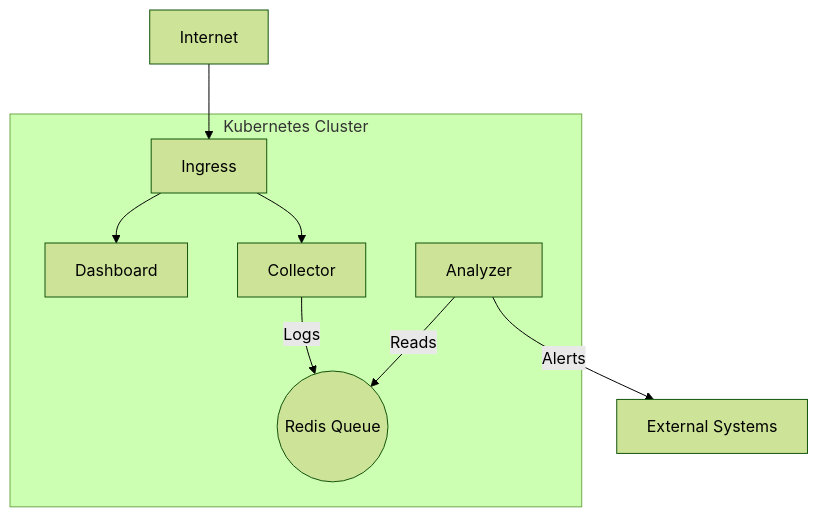
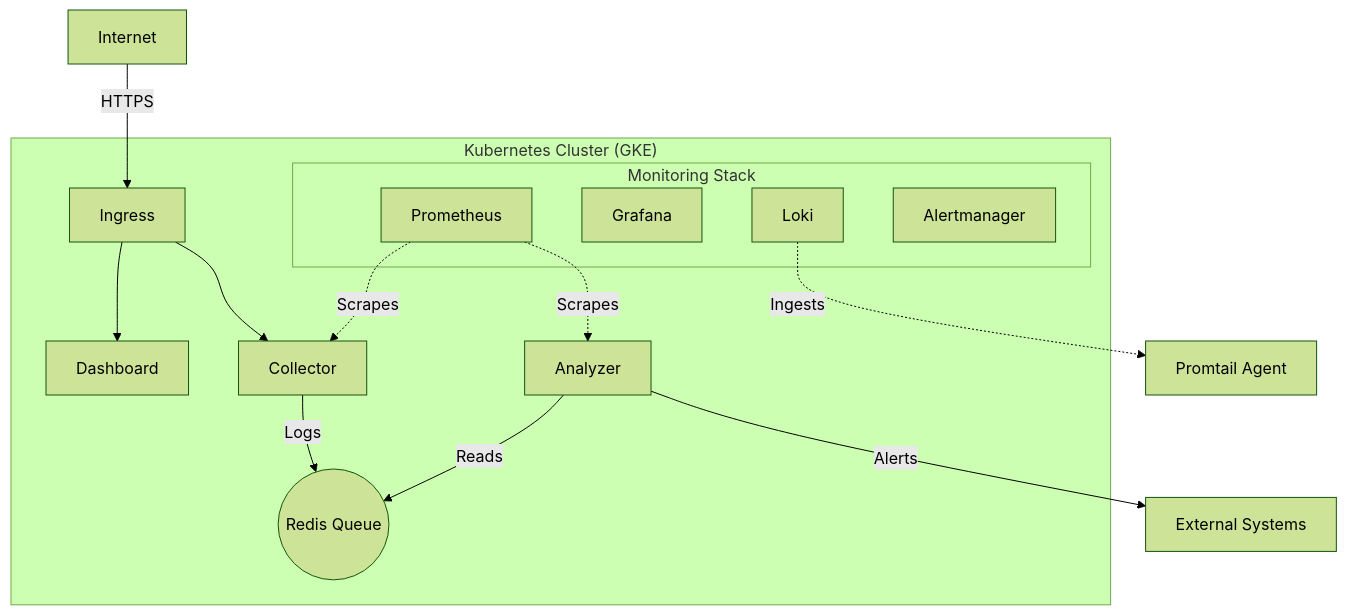
One commit to vishwasnudupa/Virtulizationlearn changed the diagram in README.md. Above: the diagram before and after it, drawn with Mermaid (forest theme). The commit also changed other lines of this file and 6 other files, not shown here.

````diff
--- a/README.md
+++ b/README.md
@@ -51,17 +65,28 @@
 ```mermaid
 graph TD
-    Internet --> Ingress
+    Internet -->|HTTPS| Ingress
     Ingress --> Dashboard
     Ingress --> Collector
     Collector -- Logs --> Redis((Redis Queue))
     Analyzer -- Reads --> Redis
     Analyzer -- Alerts --> External[External Systems]
     
-    subgraph "Kubernetes Cluster"
+    subgraph "Kubernetes Cluster (GKE)"
         Ingress
         Dashboard
         Collector
         Redis
         Analyzer
+        
+        subgraph "Monitoring Stack"
+            Prometheus
+            Grafana
+            Loki
+            Alertmanager
+        end
     end
+    
+    Prometheus -.->|Scrapes| Collector
+    Prometheus -.->|Scrapes| Analyzer
+    Loki -.->|Ingests| Promtail[Promtail Agent]
 ```
````
